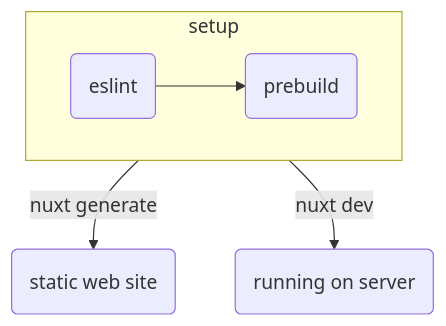
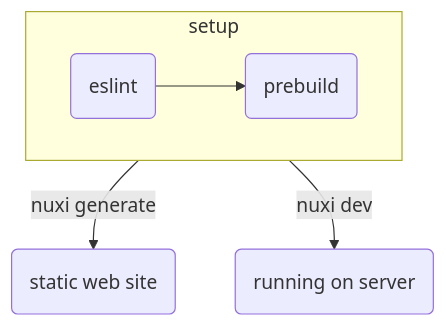
One commit to mouseless/learn-nuxt changed the diagram in build-and-run.md. Above: the diagram before and after it, drawn with Mermaid. The commit also changed other lines of this file and 2 other files, not shown here.

Commit message:
add primevue setup

````diff
--- a/build-and-run.md
+++ b/build-and-run.md
@@ -39,9 +39,9 @@
 ```mermaid
 flowchart TB
     subgraph setup[setup]
         direction LR
         E(eslint) --> P(prebuild)
     end
-    setup -->|nuxt generate| SWS(static web site)
-    setup -->|nuxt dev| OS(running on server)
+    setup -->|nuxi generate| SWS(static web site)
+    setup -->|nuxi dev| OS(running on server)
 ```
````
